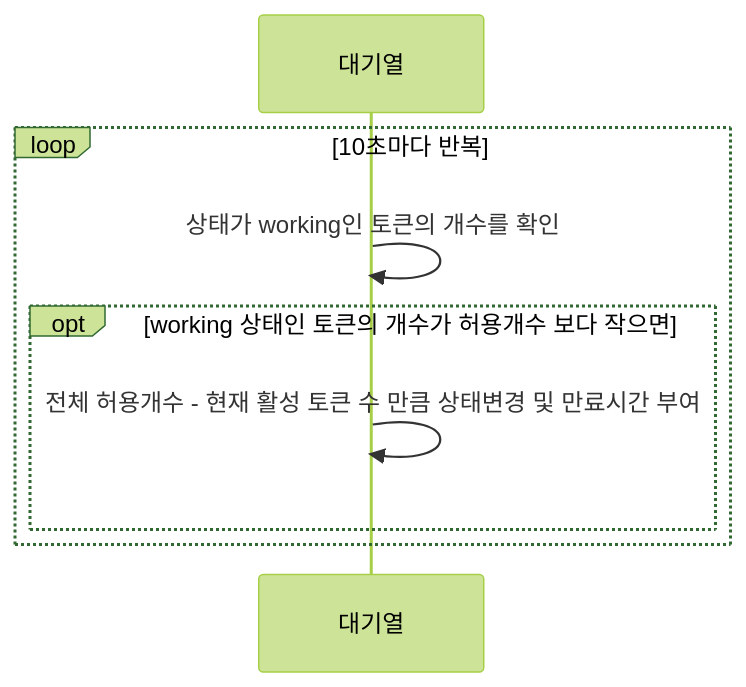
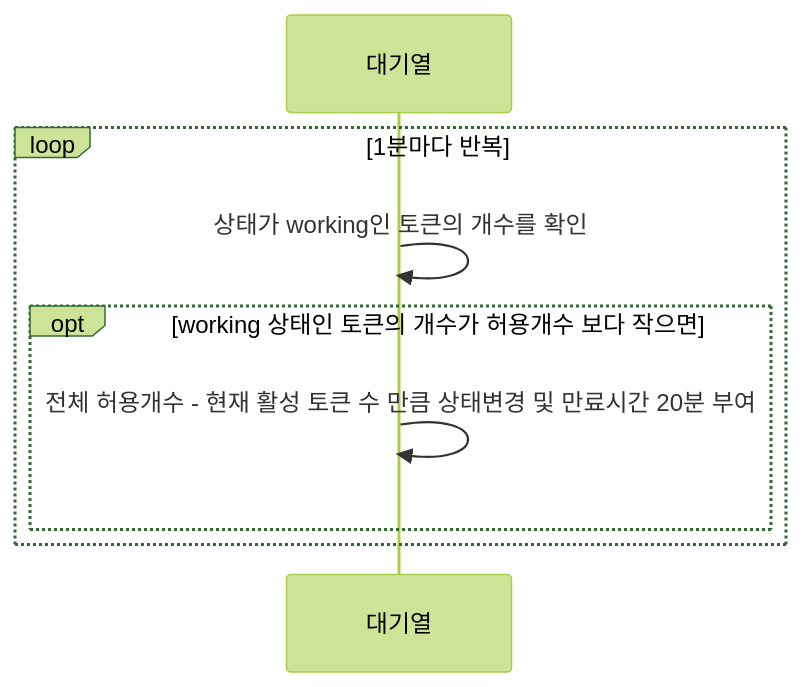
One commit to Ksanbal/Concert-Reservation-API changed the fourth of 13 diagrams in README.md. Above: the diagram before and after it, drawn with Mermaid (forest theme). The commit also changed other lines of this file, not shown here.

First line of the commit message:
:books:Docs: 목차 & ERD 업데이트

````diff
--- a/README.md
+++ b/README.md
@@ -110,10 +99,10 @@
 ```mermaid
 sequenceDiagram
 
-loop 10초마다 반복
+loop 1분마다 반복
   대기열 ->> 대기열: 상태가 working인 토큰의 개수를 확인
   opt working 상태인 토큰의 개수가 허용개수 보다 작으면
-    대기열 ->> 대기열: 전체 허용개수 - 현재 활성 토큰 수 만큼 상태변경 및 만료시간 부여
+    대기열 ->> 대기열: 전체 허용개수 - 현재 활성 토큰 수 만큼 상태변경 및 만료시간 20분 부여
   end
 end
 ```
````
